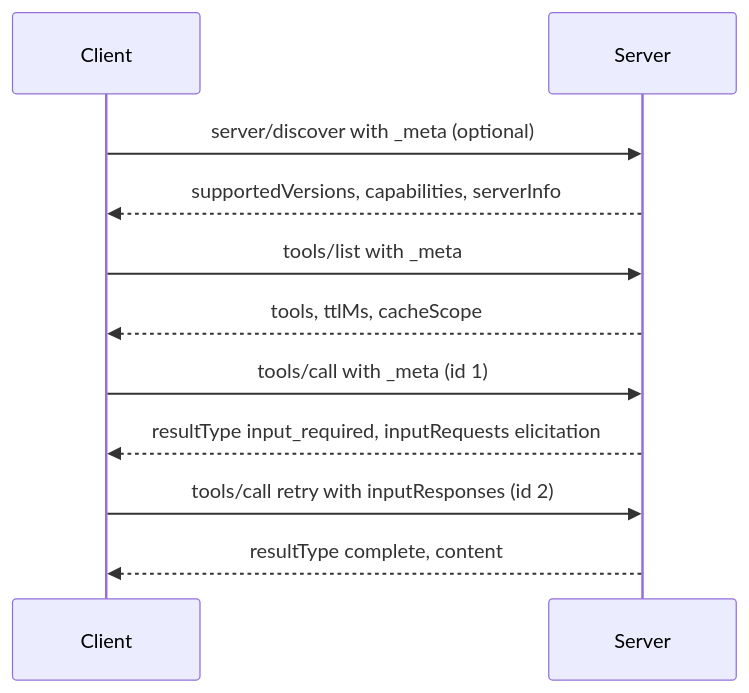
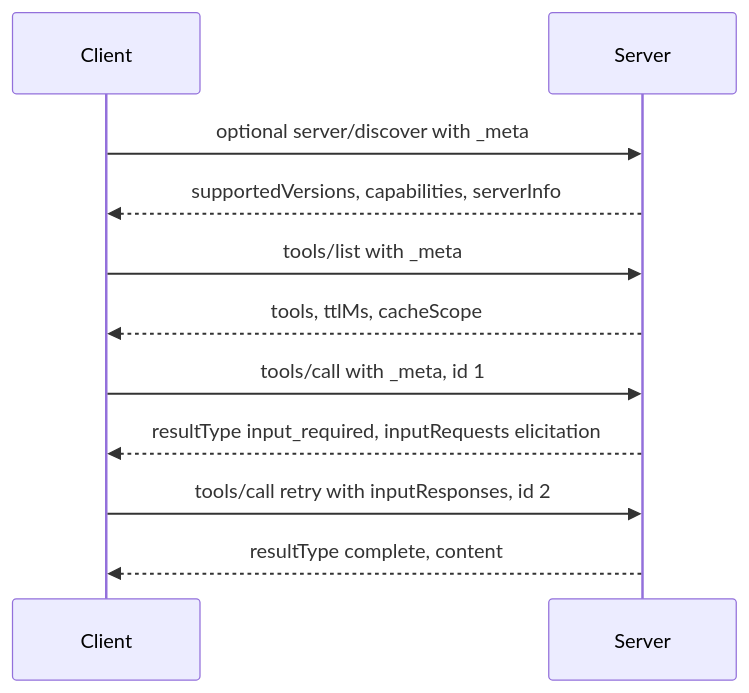
Before and after one commit to alvinnew100/grand-line-study-guide: the second of 2 diagrams in src/llm-practice/lessons/19-mcp-protocol.md, drawn with Mermaid. The commit also changed 12 other files, not shown here.

````diff
--- a/src/llm-practice/lessons/19-mcp-protocol.md
+++ b/src/llm-practice/lessons/19-mcp-protocol.md
@@ -159,13 +159,13 @@
 ```mermaid
 sequenceDiagram
   participant C as Client
   participant S as Server
-  C->>S: server/discover with _meta (optional)
+  C->>S: optional server/discover with _meta
   S-->>C: supportedVersions, capabilities, serverInfo
   C->>S: tools/list with _meta
   S-->>C: tools, ttlMs, cacheScope
-  C->>S: tools/call with _meta (id 1)
+  C->>S: tools/call with _meta, id 1
   S-->>C: resultType input_required, inputRequests elicitation
-  C->>S: tools/call retry with inputResponses (id 2)
+  C->>S: tools/call retry with inputResponses, id 2
   S-->>C: resultType complete, content
 ```
````
